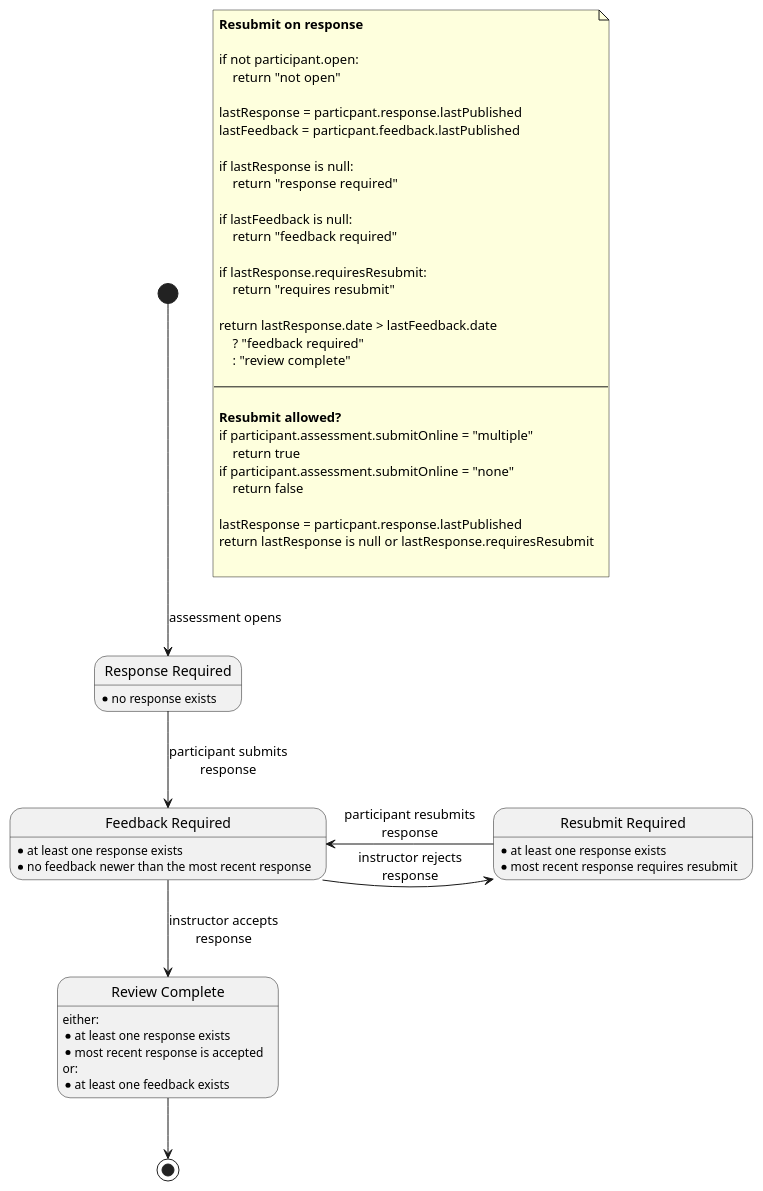
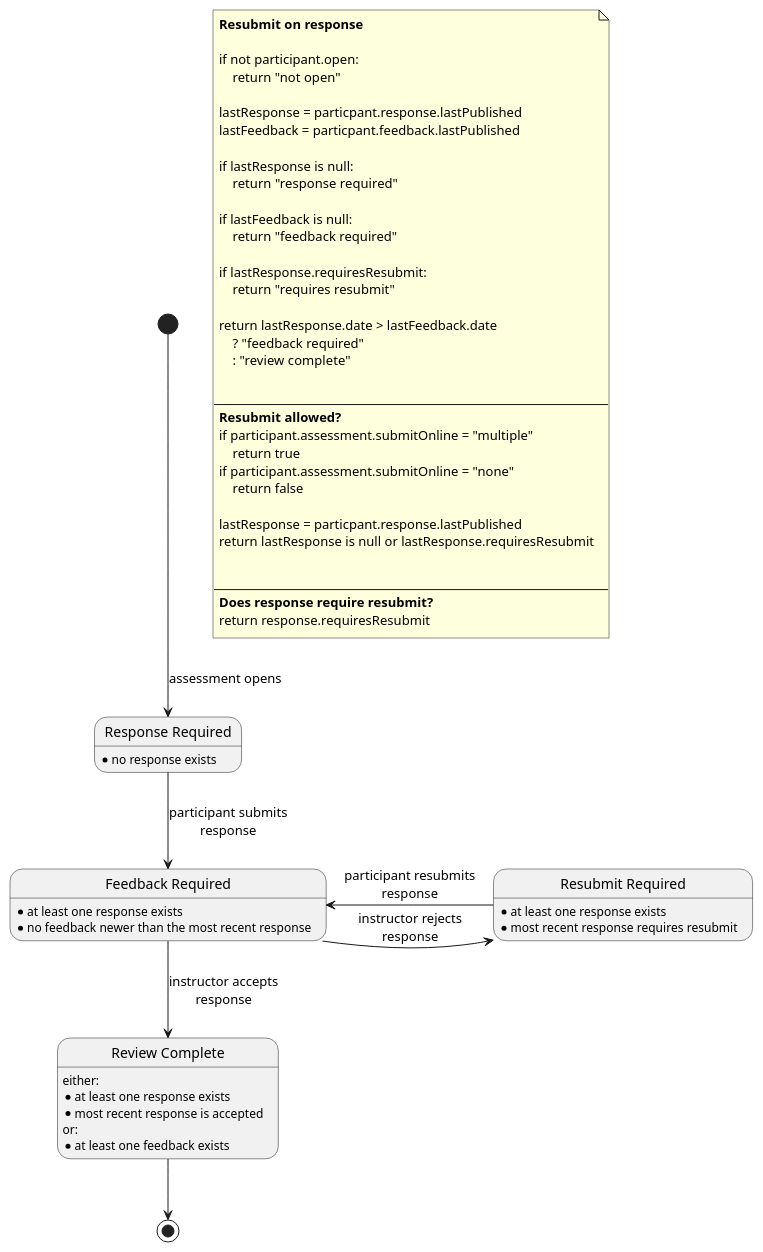
The first of 2 diagrams in library/Schoolbox/Learning/Assessment/DueWork/state-diagram.plantuml (juliaattrevisan/schoolbox-api-docs), drawn with PlantUML before and after one commit. The commit also changed other lines of this file, not shown here.

Commit message:
Add logic for whether response requires resubmit [SA-9500]

```diff
--- a/library/Schoolbox/Learning/Assessment/DueWork/state-diagram.plantuml
+++ b/library/Schoolbox/Learning/Assessment/DueWork/state-diagram.plantuml
@@ -1,67 +1,71 @@
 @startuml
 
 note as n1
     <b>Resubmit on response</b>
 
     if not participant.open:
         return "not open"
 
     lastResponse = particpant.response.lastPublished
     lastFeedback = particpant.feedback.lastPublished
 
     if lastResponse is null:
         return "response required"
 
     if lastFeedback is null:
         return "feedback required"
 
     if lastResponse.requiresResubmit:
         return "requires resubmit"
 
     return lastResponse.date > lastFeedback.date
         ? "feedback required"
         : "review complete"
 
+
     ----
-
     <b>Resubmit allowed?</b>
     if participant.assessment.submitOnline = "multiple"
         return true
     if participant.assessment.submitOnline = "none"
         return false
 
     lastResponse = particpant.response.lastPublished
     return lastResponse is null or lastResponse.requiresResubmit
 
+
+    ----
+    <b>Does response require resubmit?</b>
+    return response.requiresResubmit
 end note
 
 state "Response Required" as RR
 RR : \
 * no response exists
 
 state "Feedback Required" as FR
 FR : \
 * at least one response exists\n\
 * no feedback newer than the most recent response
 
 state "Review Complete" as RC
 RC : \
 either:\n\
 * at least one response exists\n\
 * most recent response is accepted\n\
 or:\n\
 * at least one feedback exists
 
 state "Resubmit Required" as RS
 RS : \
 * at least one response exists\n\
 * most recent response requires resubmit
 
 [*] --> RR : assessment opens
 RR --> FR  : participant submits\nresponse
 FR --> RC  : instructor accepts\nresponse
 FR -right-> RS : instructor rejects\nresponse
 RS -left-> FR  : participant resubmits\nresponse
 RC --> [*]
 
 @enduml
```
